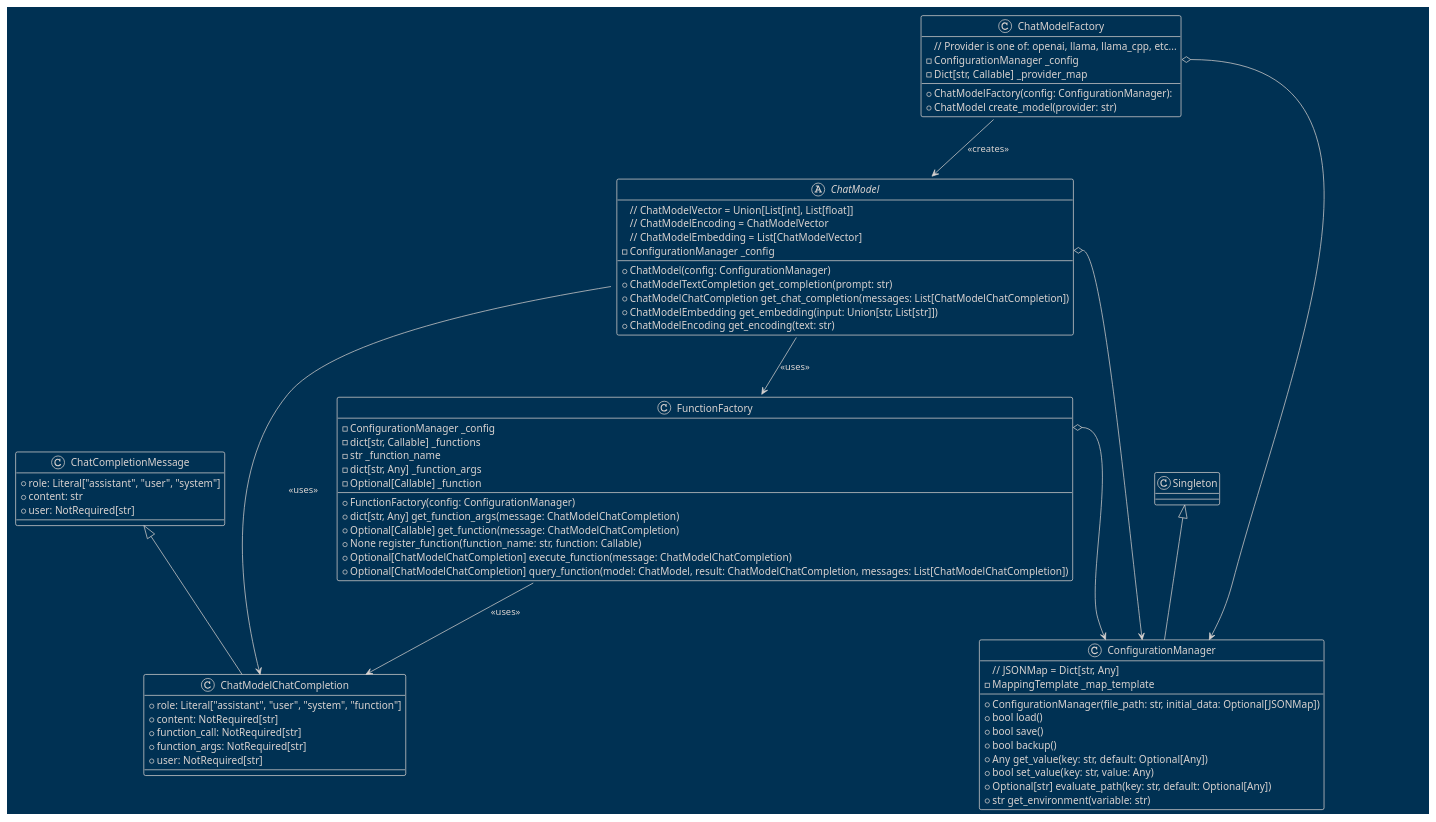
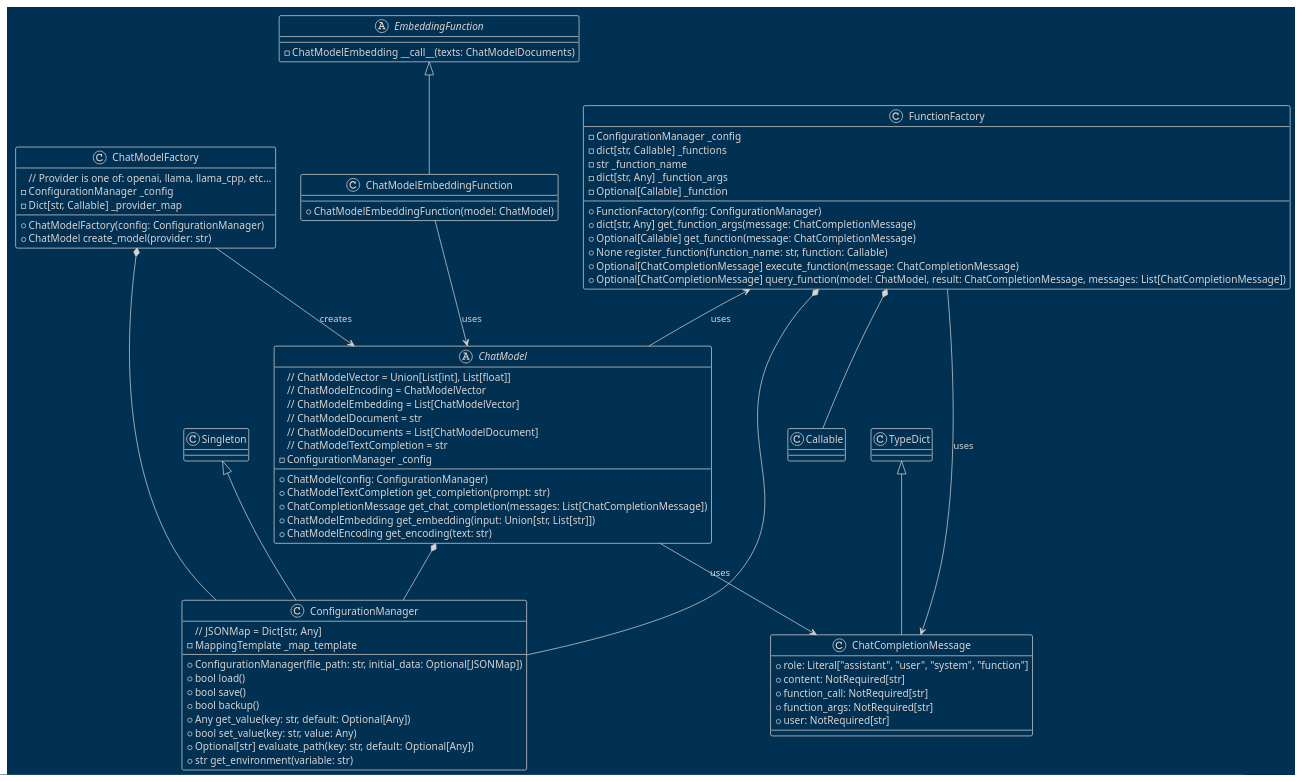
The diagram in docs/diagrams/plantuml/chat_model.puml (teleprint-me/py.gpt.prompt), drawn with PlantUML before and after one commit.

Commit message:
refactor: Refine class relationships in UML diagram
- Updated class relationships to accurately reflect usage
- Merged ChatCompletionMessage and ChatModelChatCompletion into ChatCompletionMessage
- Improved representation of EmbeddingFunction instantiation and usage
- Added note about variable upper bound in ChatModel's token sequence

This commit refines the UML class diagram to more accurately represent the relationships between classes and instances. It also consolidates related classes for clarity and improves the representation of instantiation and usage patterns.

```diff
--- a/docs/diagrams/plantuml/chat_model.puml
+++ b/docs/diagrams/plantuml/chat_model.puml
@@ -1,76 +1,85 @@
 @startuml ChatModel
 !theme blueprint
 
 ' docs/diagrams/plantuml/chat_model.puml
 
 class ConfigurationManager extends Singleton {
     // JSONMap = Dict[str, Any]
     - MappingTemplate _map_template
     + ConfigurationManager(file_path: str, initial_data: Optional[JSONMap])
     + bool load()
     + bool save()
     + bool backup()
     + Any get_value(key: str, default: Optional[Any])
     + bool set_value(key: str, value: Any)
     + Optional[str] evaluate_path(key: str, default: Optional[Any])
     + str get_environment(variable: str)
 }
 
-class ChatCompletionMessage {
-    + role: Literal["assistant", "user", "system"]
-    + content: str
-    + user: NotRequired[str]
-}
-
-class ChatModelChatCompletion extends ChatCompletionMessage {
+class ChatCompletionMessage extends TypeDict {
     + role: Literal["assistant", "user", "system", "function"]
     + content: NotRequired[str]
     + function_call: NotRequired[str]
     + function_args: NotRequired[str]
     + user: NotRequired[str]
 }
 
 abstract class ChatModel {
     // ChatModelVector = Union[List[int], List[float]]
     // ChatModelEncoding = ChatModelVector
     // ChatModelEmbedding = List[ChatModelVector]
+    // ChatModelDocument = str
+    // ChatModelDocuments = List[ChatModelDocument]
+    // ChatModelTextCompletion = str
     - ConfigurationManager _config
     + ChatModel(config: ConfigurationManager)
     + ChatModelTextCompletion get_completion(prompt: str)
-    + ChatModelChatCompletion get_chat_completion(messages: List[ChatModelChatCompletion])
+    + ChatCompletionMessage get_chat_completion(messages: List[ChatCompletionMessage])
     + ChatModelEmbedding get_embedding(input: Union[str, List[str]])
     + ChatModelEncoding get_encoding(text: str)
+}
+
+abstract class EmbeddingFunction {
+    - ChatModelEmbedding __call__(texts: ChatModelDocuments)
+}
+
+class ChatModelEmbeddingFunction extends EmbeddingFunction {
+    + ChatModelEmbeddingFunction(model: ChatModel)
 }
 
 class ChatModelFactory {
     // Provider is one of: openai, llama, llama_cpp, etc...
     - ConfigurationManager _config
     - Dict[str, Callable] _provider_map
-    + ChatModelFactory(config: ConfigurationManager):
+    + ChatModelFactory(config: ConfigurationManager)
     + ChatModel create_model(provider: str)
 }
 
 class FunctionFactory {
     - ConfigurationManager _config
     - dict[str, Callable] _functions
     - str _function_name
     - dict[str, Any] _function_args
     - Optional[Callable] _function
     + FunctionFactory(config: ConfigurationManager)
-    + dict[str, Any] get_function_args(message: ChatModelChatCompletion)
-    + Optional[Callable] get_function(message: ChatModelChatCompletion)
+    + dict[str, Any] get_function_args(message: ChatCompletionMessage)
+    + Optional[Callable] get_function(message: ChatCompletionMessage)
     + None register_function(function_name: str, function: Callable)
-    + Optional[ChatModelChatCompletion] execute_function(message: ChatModelChatCompletion)
-    + Optional[ChatModelChatCompletion] query_function(model: ChatModel, result: ChatModelChatCompletion, messages: List[ChatModelChatCompletion])
+    + Optional[ChatCompletionMessage] execute_function(message: ChatCompletionMessage)
+    + Optional[ChatCompletionMessage] query_function(model: ChatModel, result: ChatCompletionMessage, messages: List[ChatCompletionMessage])
 }
 
-ChatModelFactory --> ChatModel : <<creates>>
-ChatModelFactory::_config o--> ConfigurationManager
+ChatModelFactory --> ChatModel : "creates"
+ChatModelFactory *-- ConfigurationManager
 
-ChatModel::_config o--> ConfigurationManager
-ChatModel --> ChatModelChatCompletion : <<uses>>
+ChatModel *-- ConfigurationManager
+ChatModel --> ChatCompletionMessage : "uses"
+' note left of ChatModel: Maximum token limit in sequence is model-dependent. Refer to model documentation for specifics.
 
-FunctionFactory::_config o--> ConfigurationManager
-FunctionFactory --> ChatModelChatCompletion : <<uses>>
-ChatModel --> FunctionFactory : <<uses>>
+FunctionFactory *-- ConfigurationManager
+FunctionFactory *-- Callable
+FunctionFactory --> ChatCompletionMessage : "uses"
+FunctionFactory <-- ChatModel : "uses"
+
+ChatModelEmbeddingFunction --> ChatModel : "uses"
 @enduml
```
